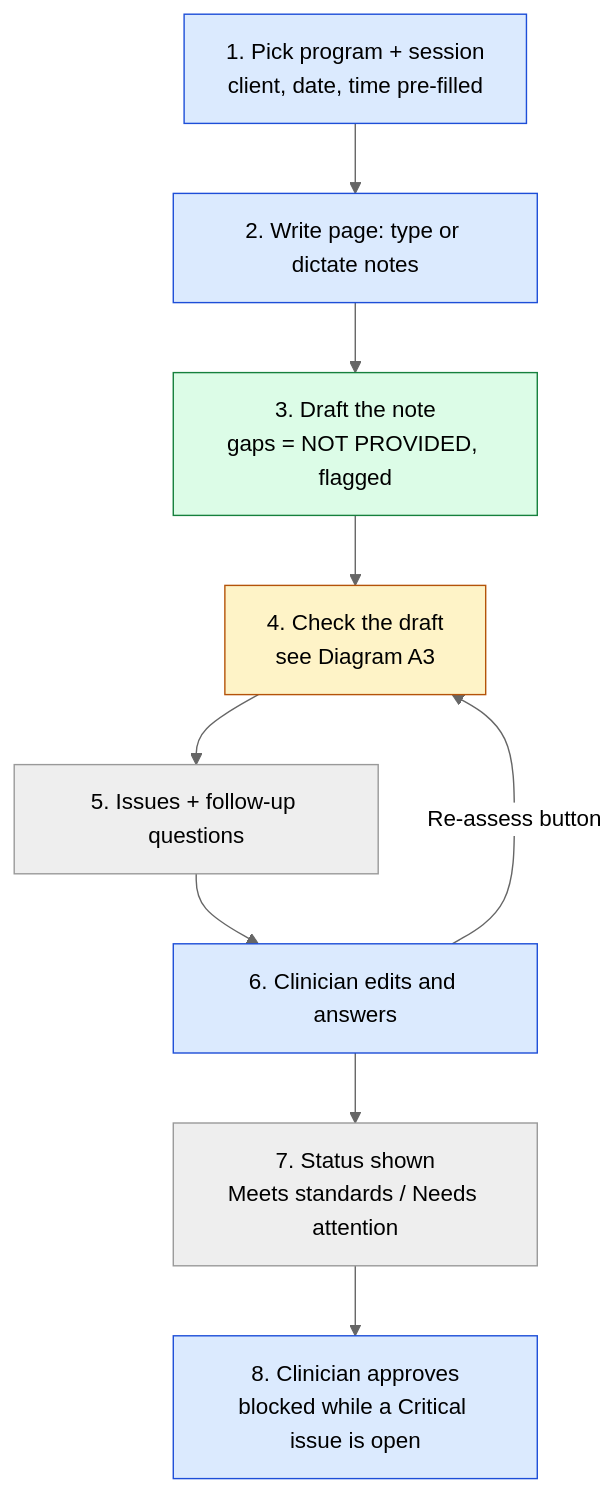
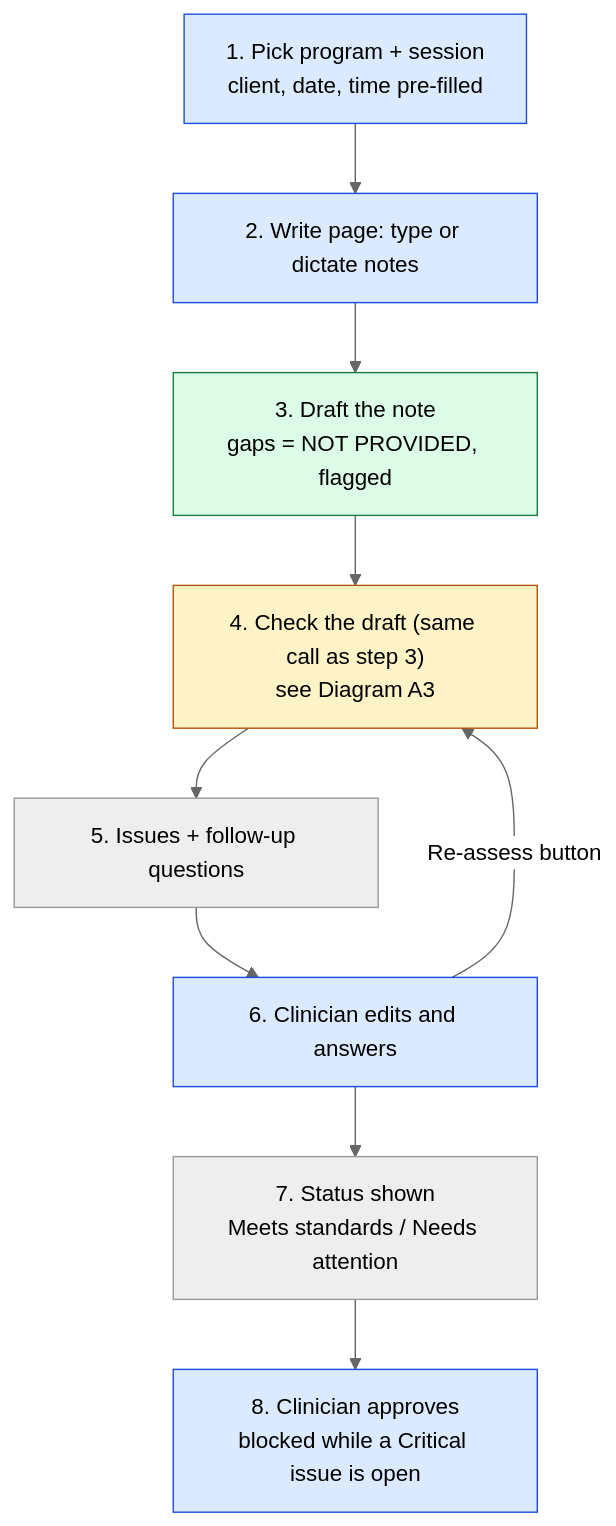
Before and after one commit to yuvarajmohan-neu/clinical-documentation-assistant: the second of 4 diagrams in docs/architecture.md, drawn with Mermaid (neutral theme). The commit also changed other lines of this file and 5 other files, not shown here.

Commit message:
updated the architecture and plans for followup questions and re-assess functionalities.

````diff
--- a/docs/architecture.md
+++ b/docs/architecture.md
@@ -55,19 +55,19 @@
 ```mermaid
 flowchart TB
   classDef human fill:#dbeafe,stroke:#1d4ed8,color:#000
   classDef ai fill:#dcfce7,stroke:#15803d,color:#000
   classDef rules fill:#fef3c7,stroke:#b45309,color:#000
 
   S1["1. Pick program + session<br/>client, date, time pre-filled"]:::human
   S2["2. Write page: type or dictate notes"]:::human
   S3["3. Draft the note<br/>gaps = NOT PROVIDED, flagged"]:::ai
-  S4["4. Check the draft<br/>see Diagram A3"]:::rules
+  S4["4. Check the draft (same call as step 3)<br/>see Diagram A3"]:::rules
   S5["5. Issues + follow-up questions"]
   S6["6. Clinician edits and answers"]:::human
   S7["7. Status shown<br/>Meets standards / Needs attention"]
   S8["8. Clinician approves<br/>blocked while a Critical issue is open"]:::human
 
   S1 --> S2 --> S3 --> S4 --> S5 --> S6
   S6 -->|"Re-assess button"| S4
   S6 --> S7 --> S8
 ```
````
